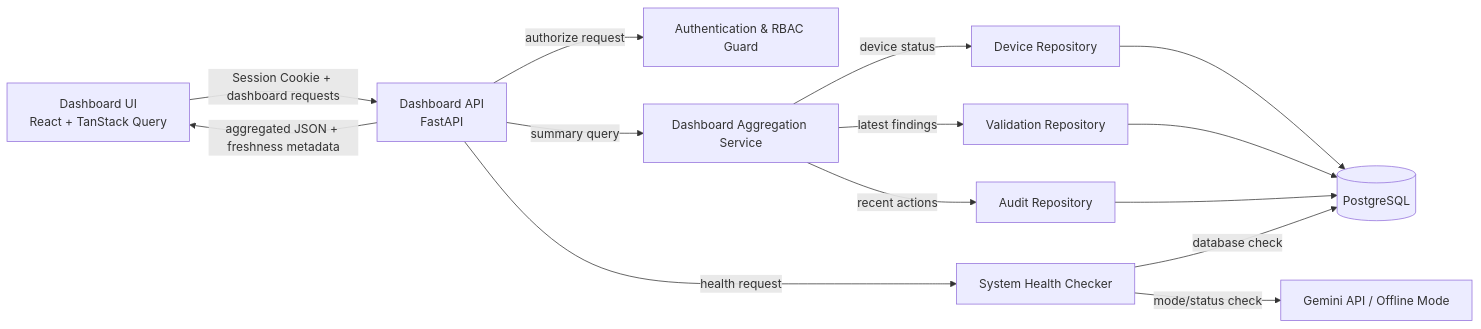
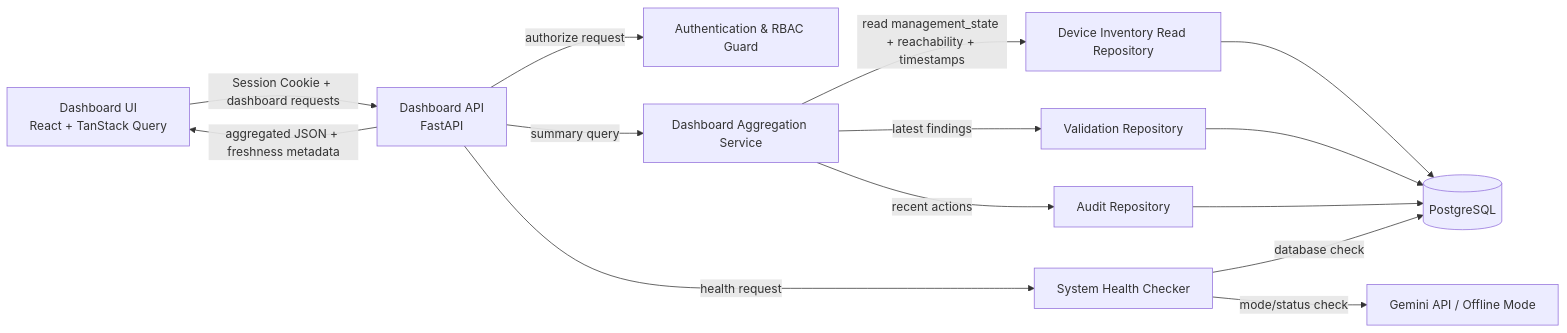
Before and after one commit to napgat/NyNetMate-Research: the diagram in 02_feature/01_Dashboard&Monitoring(Naphat)/P1_Core/03_Component Diagram.md, drawn with Mermaid. The commit also changed other lines of this file and 145 other files, not shown here.

First line of the commit message:
docs: update Project 1 thesis, course guidance, and UML artifacts

````diff
--- a/02_feature/01_Dashboard&Monitoring(Naphat)/P1_Core/03_Component Diagram.md
+++ b/02_feature/01_Dashboard&Monitoring(Naphat)/P1_Core/03_Component Diagram.md
@@ -5,19 +7,19 @@
 ```mermaid
 flowchart LR
     UI["Dashboard UI<br/>React + TanStack Query"] -->|Session Cookie + dashboard requests| API["Dashboard API<br/>FastAPI"]
     API -->|authorize request| RBAC["Authentication & RBAC Guard"]
     API -->|summary query| AGG["Dashboard Aggregation Service"]
     API -->|health request| HEALTH["System Health Checker"]
 
-    AGG -->|device status| DEVICE["Device Repository"]
+    AGG -->|read management_state + reachability + timestamps| DEVICE["Device Inventory Read Repository"]
     AGG -->|latest findings| VALIDATION["Validation Repository"]
     AGG -->|recent actions| AUDIT["Audit Repository"]
 
     DEVICE --> DB[("PostgreSQL")]
     VALIDATION --> DB
     AUDIT --> DB
     HEALTH -->|database check| DB
     HEALTH -->|mode/status check| GEMINI["Gemini API / Offline Mode"]
 
     API -->|aggregated JSON + freshness metadata| UI
 ```
````
